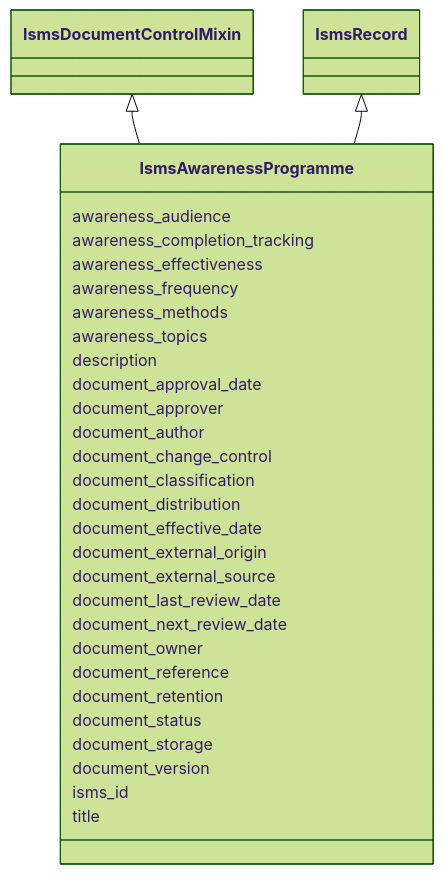
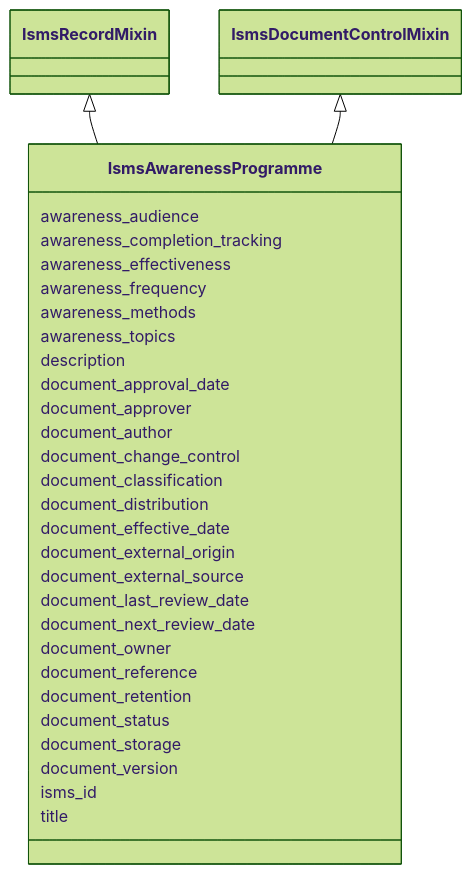
The diagram in project/mermaid/IsmsAwarenessProgramme.md (lmodel/iso27001), drawn with Mermaid (forest theme) before and after one commit. The commit also changed 171 other files, not shown here.

Commit message:
refactor(schema): make the record base a mixin so adapt can root records

````diff
--- a/project/mermaid/IsmsAwarenessProgramme.md
+++ b/project/mermaid/IsmsAwarenessProgramme.md
@@ -4,63 +4,63 @@
 ```mermaid
  classDiagram
     class IsmsAwarenessProgramme
     click IsmsAwarenessProgramme href "../IsmsAwarenessProgramme"
+      IsmsRecordMixin <|-- IsmsAwarenessProgramme
+        click IsmsRecordMixin href "../IsmsRecordMixin"
       IsmsDocumentControlMixin <|-- IsmsAwarenessProgramme
         click IsmsDocumentControlMixin href "../IsmsDocumentControlMixin"
-      IsmsRecord <|-- IsmsAwarenessProgramme
-        click IsmsRecord href "../IsmsRecord"
       
       IsmsAwarenessProgramme : awareness_audience
         
       IsmsAwarenessProgramme : awareness_completion_tracking
         
       IsmsAwarenessProgramme : awareness_effectiveness
         
       IsmsAwarenessProgramme : awareness_frequency
         
       IsmsAwarenessProgramme : awareness_methods
         
       IsmsAwarenessProgramme : awareness_topics
         
       IsmsAwarenessProgramme : description
         
       IsmsAwarenessProgramme : document_approval_date
         
       IsmsAwarenessProgramme : document_approver
         
       IsmsAwarenessProgramme : document_author
         
       IsmsAwarenessProgramme : document_change_control
         
       IsmsAwarenessProgramme : document_classification
         
       IsmsAwarenessProgramme : document_distribution
         
       IsmsAwarenessProgramme : document_effective_date
         
       IsmsAwarenessProgramme : document_external_origin
         
       IsmsAwarenessProgramme : document_external_source
         
       IsmsAwarenessProgramme : document_last_review_date
         
       IsmsAwarenessProgramme : document_next_review_date
         
       IsmsAwarenessProgramme : document_owner
         
       IsmsAwarenessProgramme : document_reference
         
       IsmsAwarenessProgramme : document_retention
         
       IsmsAwarenessProgramme : document_status
         
       IsmsAwarenessProgramme : document_storage
         
       IsmsAwarenessProgramme : document_version
         
       IsmsAwarenessProgramme : isms_id
         
       IsmsAwarenessProgramme : title
         
       
 ```
````
